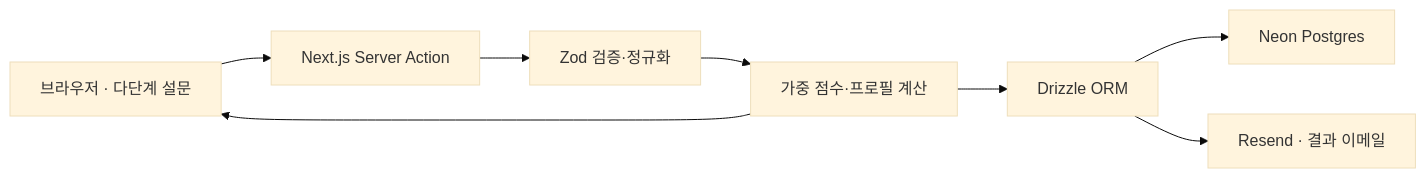
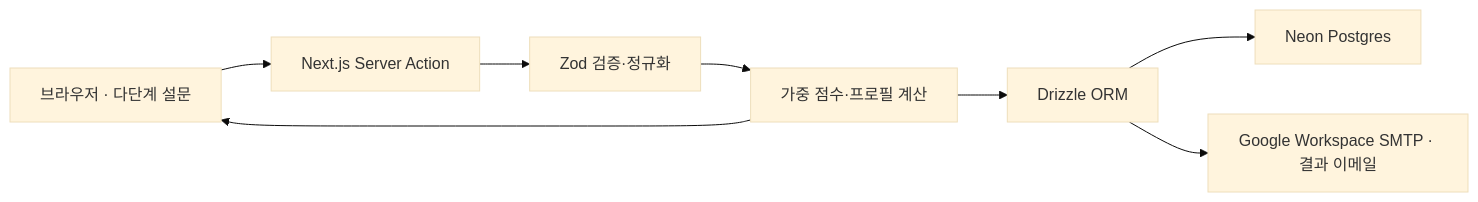
One commit to ilhoko-dreamlabs/net-hbkr-survey-system changed the diagram in README.md. Above: the diagram before and after it, drawn with Mermaid (base theme). The commit also changed other lines of this file and 10 other files, not shown here.

Commit message:
feat: send survey results via workspace smtp

````diff
--- a/README.md
+++ b/README.md
@@ -7,10 +7,10 @@
 ```mermaid
 flowchart LR
   U["브라우저 · 다단계 설문"] --> A["Next.js Server Action"]
   A --> V["Zod 검증·정규화"]
   V --> S["가중 점수·프로필 계산"]
   S --> D["Drizzle ORM"]
   D --> N["Neon Postgres"]
-  D --> E["Resend · 결과 이메일"]
+  D --> E["Google Workspace SMTP · 결과 이메일"]
   S --> U
 ```
````
